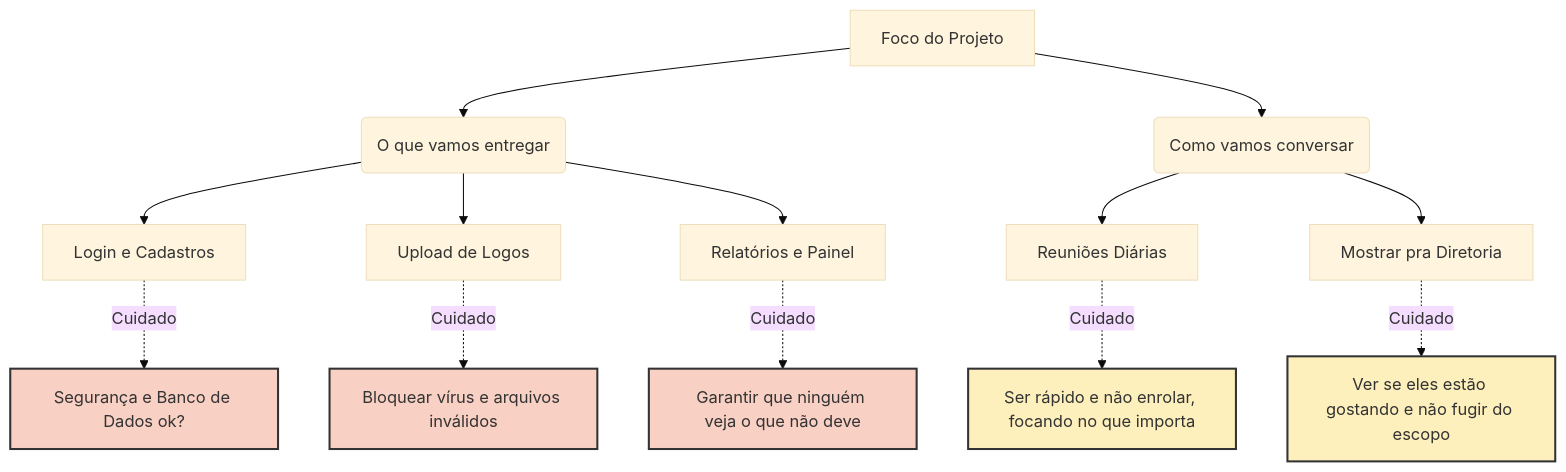
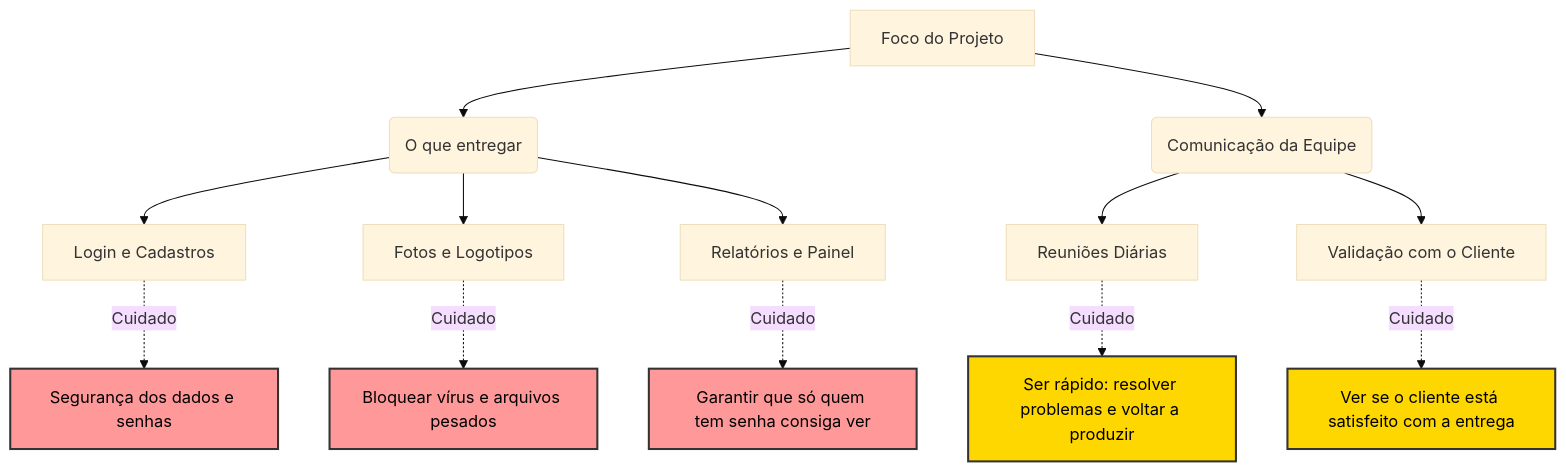
The second of 2 diagrams in README.md (guiksuan1/atividade-crystal), drawn with Mermaid (base theme) before and after one commit.

Commit message:
Update project focus and communication details in README

````diff
--- a/README.md
+++ b/README.md
@@ -31,28 +31,29 @@
 ```mermaid
 
    flowchart TD
-    A[Foco do Projeto] --> B(O que vamos entregar)
-    A --> C(Como vamos conversar)
+    A[Foco do Projeto] --> B(O que entregar)
+    A --> C(Comunicação da Equipe)
 
     B --> D[Login e Cadastros]
-    D -. Cuidado .-> D1[Segurança e Banco de Dados ok?]
+    D -. Cuidado .-> D1[Segurança dos dados e senhas]
 
-    B --> E[Upload de Logos]
-    E -. Cuidado .-> E1[Bloquear vírus e arquivos inválidos]
+    B --> E[Fotos e Logotipos]
+    E -. Cuidado .-> E1[Bloquear vírus e arquivos pesados]
 
     B --> F[Relatórios e Painel]
-    F -. Cuidado .-> F1[Garantir que ninguém veja o que não deve]
+    F -. Cuidado .-> F1[Garantir que só quem tem senha consiga ver]
 
     C --> G[Reuniões Diárias]
-    G -. Cuidado .-> G1[Ser rápido e não enrolar, focando no que importa]
+    G -. Cuidado .-> G1[Ser rápido: resolver problemas e voltar a produzir]
 
-    C --> H[Mostrar pra Diretoria]
-    H -. Cuidado .-> H1[Ver se eles estão gostando e não fugir do escopo]
+    C --> H[Validação com o Cliente]
+    H -. Cuidado .-> H1[Ver se o cliente está satisfeito com a entrega]
     
-    style D1 fill:#f9d0c4,stroke:#333,stroke-width:2px
-    style E1 fill:#f9d0c4,stroke:#333,stroke-width:2px
-    style F1 fill:#f9d0c4,stroke:#333,stroke-width:2px
-    style G1 fill:#fef0bd,stroke:#333,stroke-width:2px
-    style H1 fill:#fef0bd,stroke:#333,stroke-width:2px
+    %% AJUSTE DE CORES E LEGIBILIDADE
+    style D1 fill:#FF9999,stroke:#333,stroke-width:2px,color:#000
+    style E1 fill:#FF9999,stroke:#333,stroke-width:2px,color:#000
+    style F1 fill:#FF9999,stroke:#333,stroke-width:2px,color:#000
+    style G1 fill:#FFD700,stroke:#333,stroke-width:2px,color:#000
+    style H1 fill:#FFD700,stroke:#333,stroke-width:2px,color:#000
 
 ```
````
